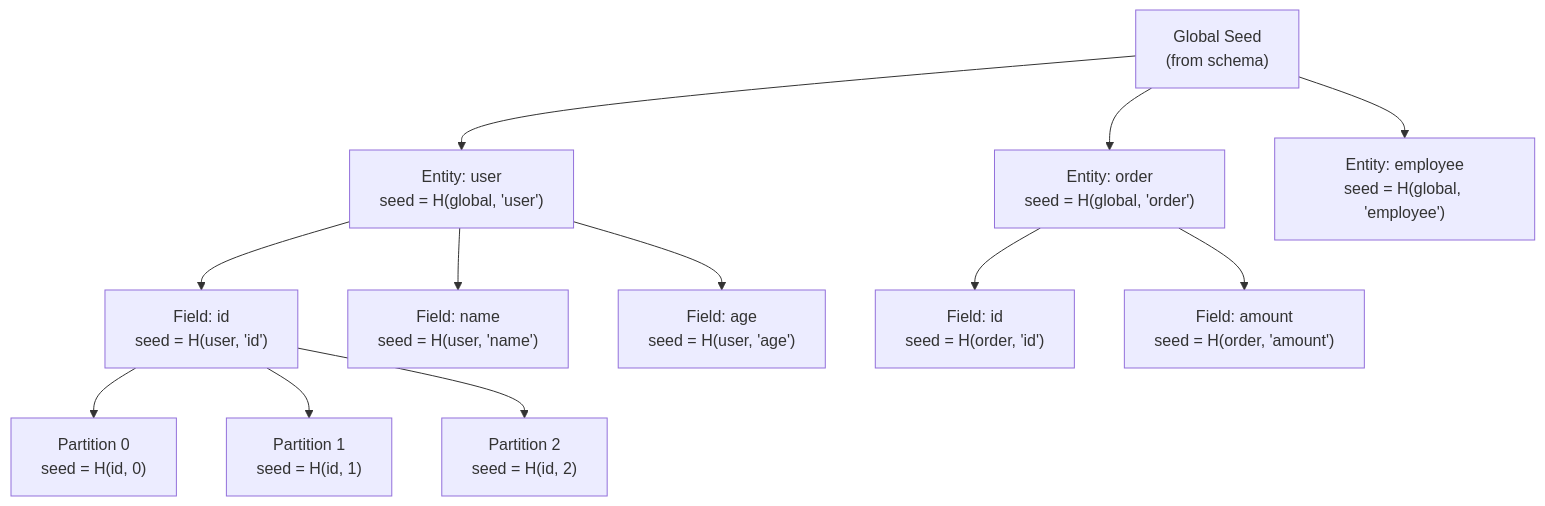
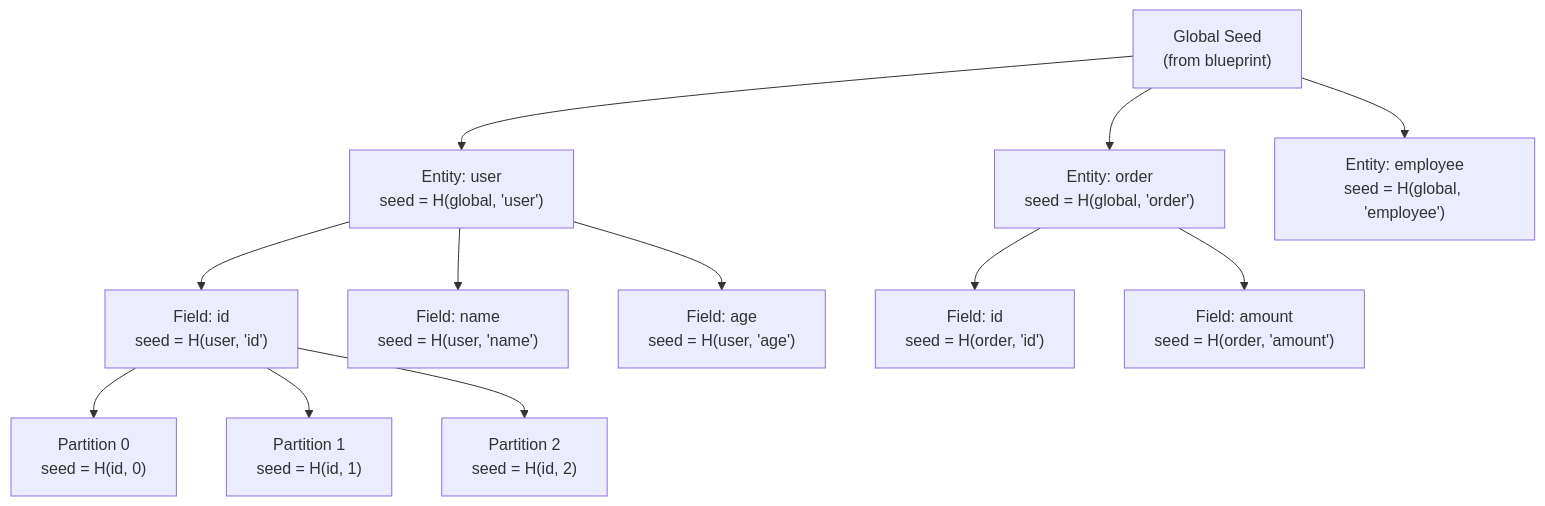
The eighth of 10 diagrams in docs/design-plan.md (Yaming-Hub/knit), drawn with Mermaid before and after one commit. The commit also changed other lines of this file and 99 other files, not shown here.

First line of the commit message:
refactor: rename 'schema' to 'blueprint' throughout codebase (#235)

````diff
--- a/docs/design-plan.md
+++ b/docs/design-plan.md
@@ -589,18 +589,18 @@
 ```mermaid
 flowchart TB
-    root["Global Seed\n(from schema)"]
+    root["Global Seed\n(from blueprint)"]
     root --> user_e["Entity: user\nseed = H(global, 'user')"]
     root --> order_e["Entity: order\nseed = H(global, 'order')"]
     root --> emp_e["Entity: employee\nseed = H(global, 'employee')"]
 
     user_e --> user_id["Field: id\nseed = H(user, 'id')"]
     user_e --> user_name["Field: name\nseed = H(user, 'name')"]
     user_e --> user_age["Field: age\nseed = H(user, 'age')"]
 
     user_id --> uid_p0["Partition 0\nseed = H(id, 0)"]
     user_id --> uid_p1["Partition 1\nseed = H(id, 1)"]
     user_id --> uid_p2["Partition 2\nseed = H(id, 2)"]
 
     order_e --> order_id["Field: id\nseed = H(order, 'id')"]
     order_e --> order_amt["Field: amount\nseed = H(order, 'amount')"]
 ```
````
